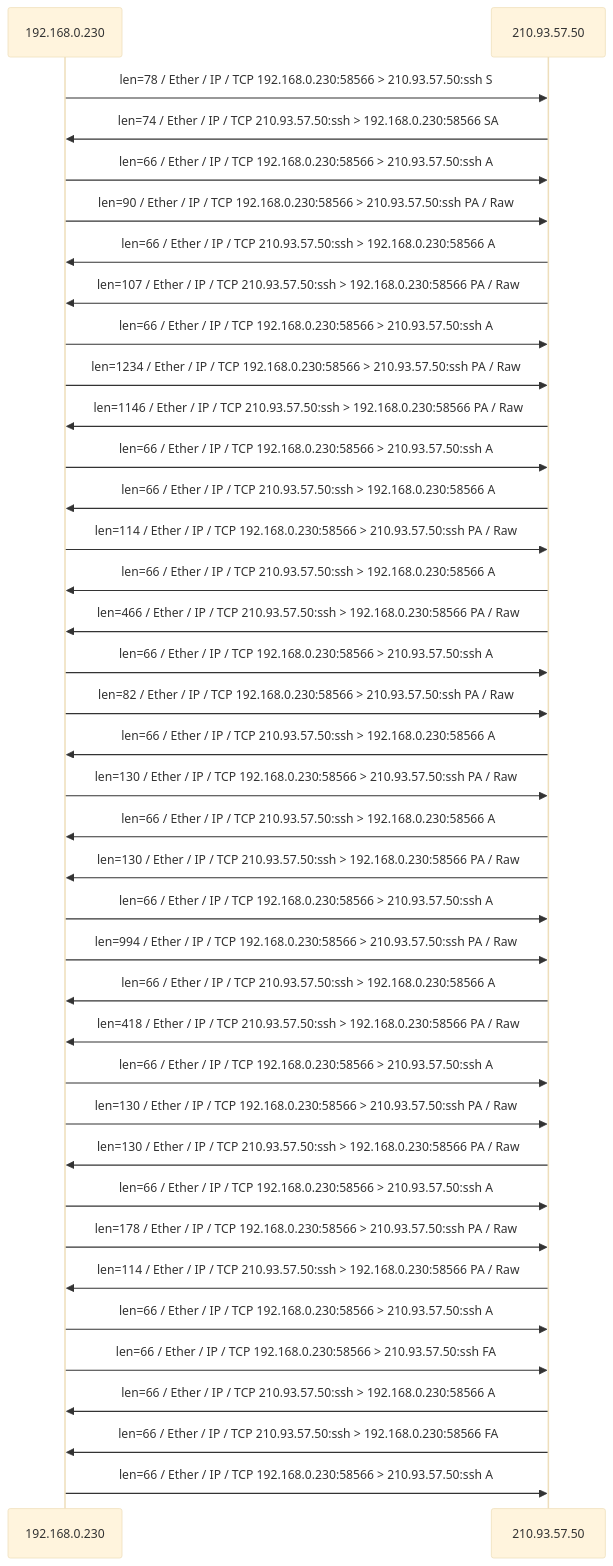
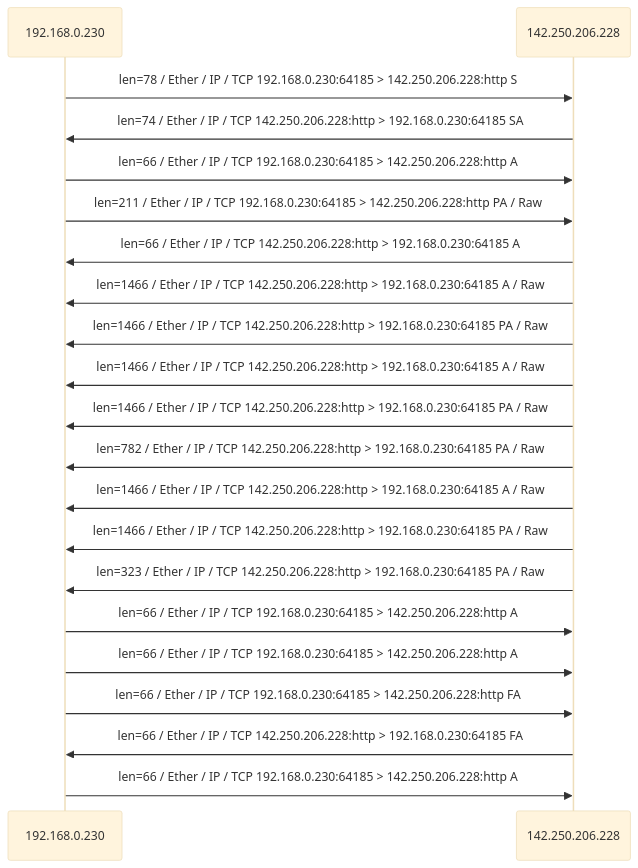
Before and after one commit to POL6463/tu_pypacket: the diagram in diagram.mmd, drawn with Mermaid (base theme). The commit also changed 5 other files, not shown here.

```diff
--- a/diagram.mmd
+++ b/diagram.mmd
@@ -1,36 +1,19 @@
 sequenceDiagram
-    192.168.0.230->>210.93.57.50: len=78 / Ether / IP / TCP 192.168.0.230:58566 > 210.93.57.50:ssh S
-    210.93.57.50->>192.168.0.230: len=74 / Ether / IP / TCP 210.93.57.50:ssh > 192.168.0.230:58566 SA
-    192.168.0.230->>210.93.57.50: len=66 / Ether / IP / TCP 192.168.0.230:58566 > 210.93.57.50:ssh A
-    192.168.0.230->>210.93.57.50: len=90 / Ether / IP / TCP 192.168.0.230:58566 > 210.93.57.50:ssh PA / Raw
-    210.93.57.50->>192.168.0.230: len=66 / Ether / IP / TCP 210.93.57.50:ssh > 192.168.0.230:58566 A
-    210.93.57.50->>192.168.0.230: len=107 / Ether / IP / TCP 210.93.57.50:ssh > 192.168.0.230:58566 PA / Raw
-    192.168.0.230->>210.93.57.50: len=66 / Ether / IP / TCP 192.168.0.230:58566 > 210.93.57.50:ssh A
-    192.168.0.230->>210.93.57.50: len=1234 / Ether / IP / TCP 192.168.0.230:58566 > 210.93.57.50:ssh PA / Raw
-    210.93.57.50->>192.168.0.230: len=1146 / Ether / IP / TCP 210.93.57.50:ssh > 192.168.0.230:58566 PA / Raw
-    192.168.0.230->>210.93.57.50: len=66 / Ether / IP / TCP 192.168.0.230:58566 > 210.93.57.50:ssh A
-    210.93.57.50->>192.168.0.230: len=66 / Ether / IP / TCP 210.93.57.50:ssh > 192.168.0.230:58566 A
-    192.168.0.230->>210.93.57.50: len=114 / Ether / IP / TCP 192.168.0.230:58566 > 210.93.57.50:ssh PA / Raw
-    210.93.57.50->>192.168.0.230: len=66 / Ether / IP / TCP 210.93.57.50:ssh > 192.168.0.230:58566 A
-    210.93.57.50->>192.168.0.230: len=466 / Ether / IP / TCP 210.93.57.50:ssh > 192.168.0.230:58566 PA / Raw
-    192.168.0.230->>210.93.57.50: len=66 / Ether / IP / TCP 192.168.0.230:58566 > 210.93.57.50:ssh A
-    192.168.0.230->>210.93.57.50: len=82 / Ether / IP / TCP 192.168.0.230:58566 > 210.93.57.50:ssh PA / Raw
-    210.93.57.50->>192.168.0.230: len=66 / Ether / IP / TCP 210.93.57.50:ssh > 192.168.0.230:58566 A
-    192.168.0.230->>210.93.57.50: len=130 / Ether / IP / TCP 192.168.0.230:58566 > 210.93.57.50:ssh PA / Raw
-    210.93.57.50->>192.168.0.230: len=66 / Ether / IP / TCP 210.93.57.50:ssh > 192.168.0.230:58566 A
-    210.93.57.50->>192.168.0.230: len=130 / Ether / IP / TCP 210.93.57.50:ssh > 192.168.0.230:58566 PA / Raw
-    192.168.0.230->>210.93.57.50: len=66 / Ether / IP / TCP 192.168.0.230:58566 > 210.93.57.50:ssh A
-    192.168.0.230->>210.93.57.50: len=994 / Ether / IP / TCP 192.168.0.230:58566 > 210.93.57.50:ssh PA / Raw
-    210.93.57.50->>192.168.0.230: len=66 / Ether / IP / TCP 210.93.57.50:ssh > 192.168.0.230:58566 A
-    210.93.57.50->>192.168.0.230: len=418 / Ether / IP / TCP 210.93.57.50:ssh > 192.168.0.230:58566 PA / Raw
-    192.168.0.230->>210.93.57.50: len=66 / Ether / IP / TCP 192.168.0.230:58566 > 210.93.57.50:ssh A
-    192.168.0.230->>210.93.57.50: len=130 / Ether / IP / TCP 192.168.0.230:58566 > 210.93.57.50:ssh PA / Raw
-    210.93.57.50->>192.168.0.230: len=130 / Ether / IP / TCP 210.93.57.50:ssh > 192.168.0.230:58566 PA / Raw
-    192.168.0.230->>210.93.57.50: len=66 / Ether / IP / TCP 192.168.0.230:58566 > 210.93.57.50:ssh A
-    192.168.0.230->>210.93.57.50: len=178 / Ether / IP / TCP 192.168.0.230:58566 > 210.93.57.50:ssh PA / Raw
-    210.93.57.50->>192.168.0.230: len=114 / Ether / IP / TCP 210.93.57.50:ssh > 192.168.0.230:58566 PA / Raw
-    192.168.0.230->>210.93.57.50: len=66 / Ether / IP / TCP 192.168.0.230:58566 > 210.93.57.50:ssh A
-    192.168.0.230->>210.93.57.50: len=66 / Ether / IP / TCP 192.168.0.230:58566 > 210.93.57.50:ssh FA
-    210.93.57.50->>192.168.0.230: len=66 / Ether / IP / TCP 210.93.57.50:ssh > 192.168.0.230:58566 A
-    210.93.57.50->>192.168.0.230: len=66 / Ether / IP / TCP 210.93.57.50:ssh > 192.168.0.230:58566 FA
-    192.168.0.230->>210.93.57.50: len=66 / Ether / IP / TCP 192.168.0.230:58566 > 210.93.57.50:ssh A
+    192.168.0.230->>142.250.206.228: len=78 / Ether / IP / TCP 192.168.0.230:64185 > 142.250.206.228:http S
+    142.250.206.228->>192.168.0.230: len=74 / Ether / IP / TCP 142.250.206.228:http > 192.168.0.230:64185 SA
+    192.168.0.230->>142.250.206.228: len=66 / Ether / IP / TCP 192.168.0.230:64185 > 142.250.206.228:http A
+    192.168.0.230->>142.250.206.228: len=211 / Ether / IP / TCP 192.168.0.230:64185 > 142.250.206.228:http PA / Raw
+    142.250.206.228->>192.168.0.230: len=66 / Ether / IP / TCP 142.250.206.228:http > 192.168.0.230:64185 A
+    142.250.206.228->>192.168.0.230: len=1466 / Ether / IP / TCP 142.250.206.228:http > 192.168.0.230:64185 A / Raw
+    142.250.206.228->>192.168.0.230: len=1466 / Ether / IP / TCP 142.250.206.228:http > 192.168.0.230:64185 PA / Raw
+    142.250.206.228->>192.168.0.230: len=1466 / Ether / IP / TCP 142.250.206.228:http > 192.168.0.230:64185 A / Raw
+    142.250.206.228->>192.168.0.230: len=1466 / Ether / IP / TCP 142.250.206.228:http > 192.168.0.230:64185 PA / Raw
+    142.250.206.228->>192.168.0.230: len=782 / Ether / IP / TCP 142.250.206.228:http > 192.168.0.230:64185 PA / Raw
+    142.250.206.228->>192.168.0.230: len=1466 / Ether / IP / TCP 142.250.206.228:http > 192.168.0.230:64185 A / Raw
+    142.250.206.228->>192.168.0.230: len=1466 / Ether / IP / TCP 142.250.206.228:http > 192.168.0.230:64185 PA / Raw
+    142.250.206.228->>192.168.0.230: len=323 / Ether / IP / TCP 142.250.206.228:http > 192.168.0.230:64185 PA / Raw
+    192.168.0.230->>142.250.206.228: len=66 / Ether / IP / TCP 192.168.0.230:64185 > 142.250.206.228:http A
+    192.168.0.230->>142.250.206.228: len=66 / Ether / IP / TCP 192.168.0.230:64185 > 142.250.206.228:http A
+    192.168.0.230->>142.250.206.228: len=66 / Ether / IP / TCP 192.168.0.230:64185 > 142.250.206.228:http FA
+    142.250.206.228->>192.168.0.230: len=66 / Ether / IP / TCP 142.250.206.228:http > 192.168.0.230:64185 FA
+    192.168.0.230->>142.250.206.228: len=66 / Ether / IP / TCP 192.168.0.230:64185 > 142.250.206.228:http A
```
